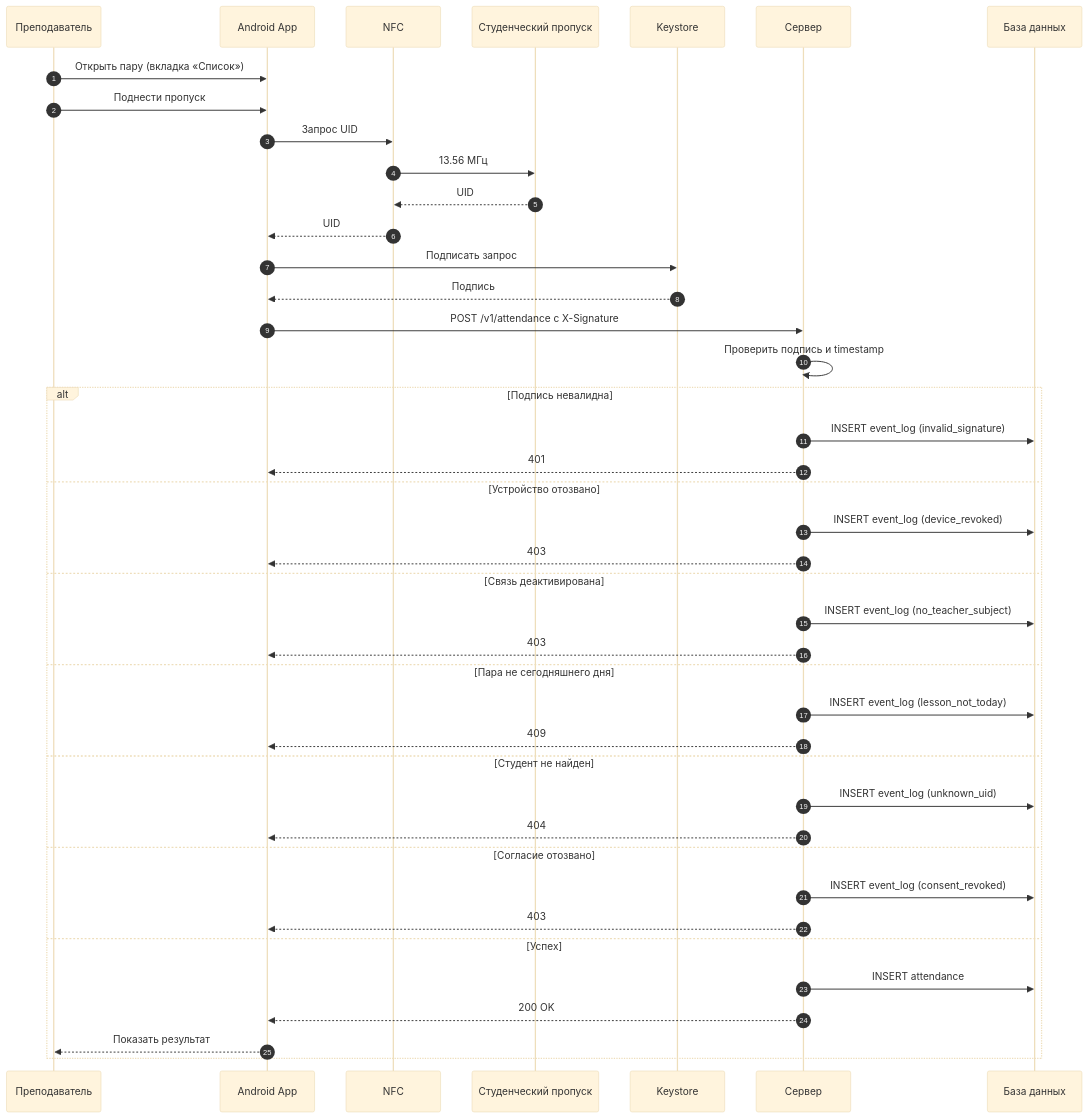
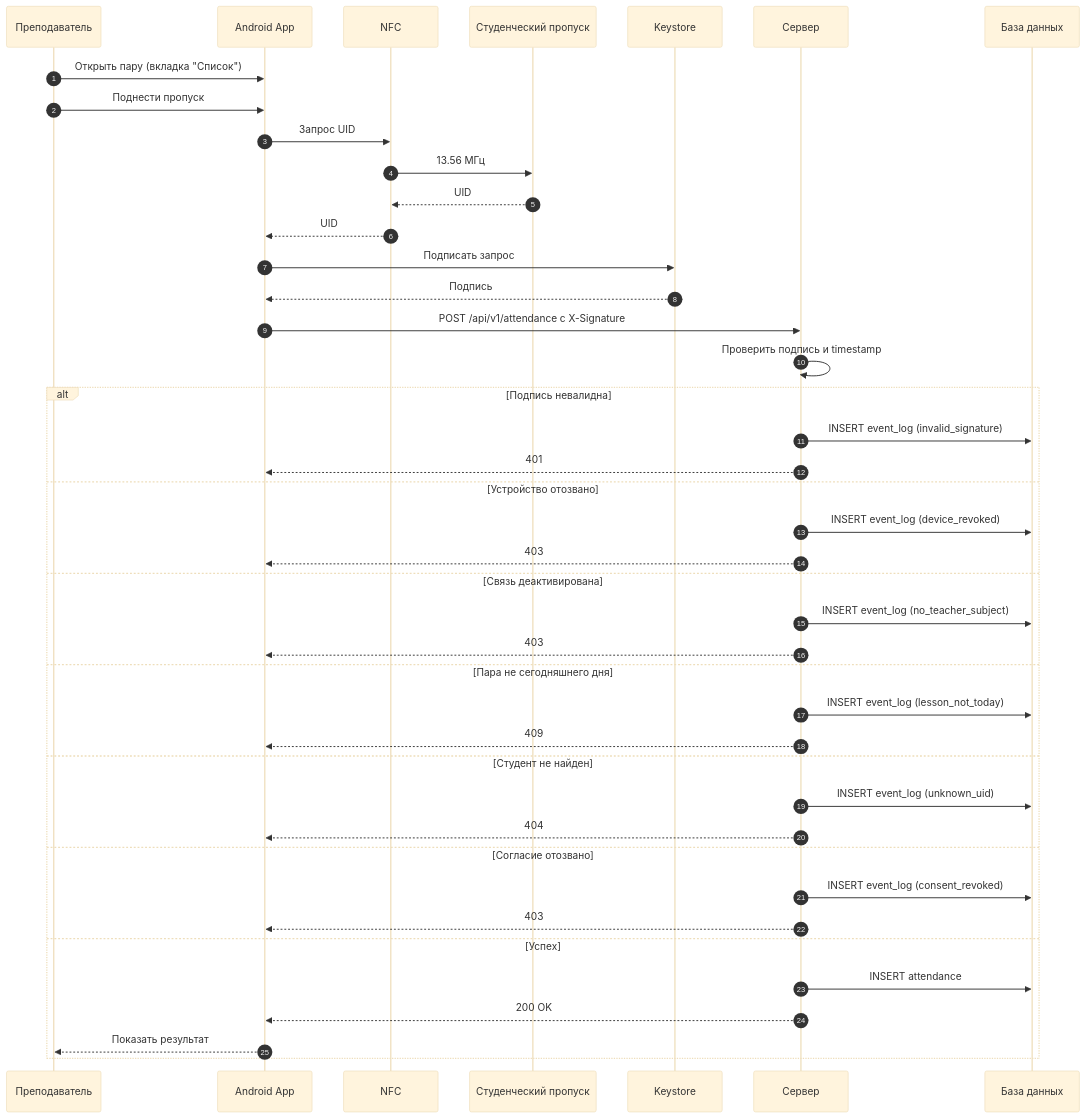
Before and after one commit to SP4CEVI/iasu-2.0: the ninth of 15 diagrams in docs/concept.md, drawn with Mermaid (base theme). The commit also changed other lines of this file, not shown here.

````diff
--- a/docs/concept.md
+++ b/docs/concept.md
@@ -1326,45 +1405,45 @@
 ```mermaid
 sequenceDiagram
     autonumber
     participant Teacher as Преподаватель
     participant App as Android App
     participant NFC as NFC
     participant Card as Студенческий пропуск
     participant KS as Keystore
     participant API as Сервер
     participant DB as База данных
 
-    Teacher->>App: Открыть пару (вкладка «Список»)
+    Teacher->>App: Открыть пару (вкладка "Список")
     Teacher->>App: Поднести пропуск
     App->>NFC: Запрос UID
     NFC->>Card: 13.56 МГц
     Card-->>NFC: UID
     NFC-->>App: UID
     App->>KS: Подписать запрос
     KS-->>App: Подпись
-    App->>API: POST /v1/attendance с X-Signature
+    App->>API: POST /api/v1/attendance с X-Signature
     API->>API: Проверить подпись и timestamp
     alt Подпись невалидна
         API->>DB: INSERT event_log (invalid_signature)
         API-->>App: 401
     else Устройство отозвано
         API->>DB: INSERT event_log (device_revoked)
         API-->>App: 403
     else Связь деактивирована
         API->>DB: INSERT event_log (no_teacher_subject)
         API-->>App: 403
     else Пара не сегодняшнего дня
         API->>DB: INSERT event_log (lesson_not_today)
         API-->>App: 409
     else Студент не найден
         API->>DB: INSERT event_log (unknown_uid)
         API-->>App: 404
     else Согласие отозвано
         API->>DB: INSERT event_log (consent_revoked)
         API-->>App: 403
     else Успех
         API->>DB: INSERT attendance
         API-->>App: 200 OK
         App-->>Teacher: Показать результат
     end
 ```
````
